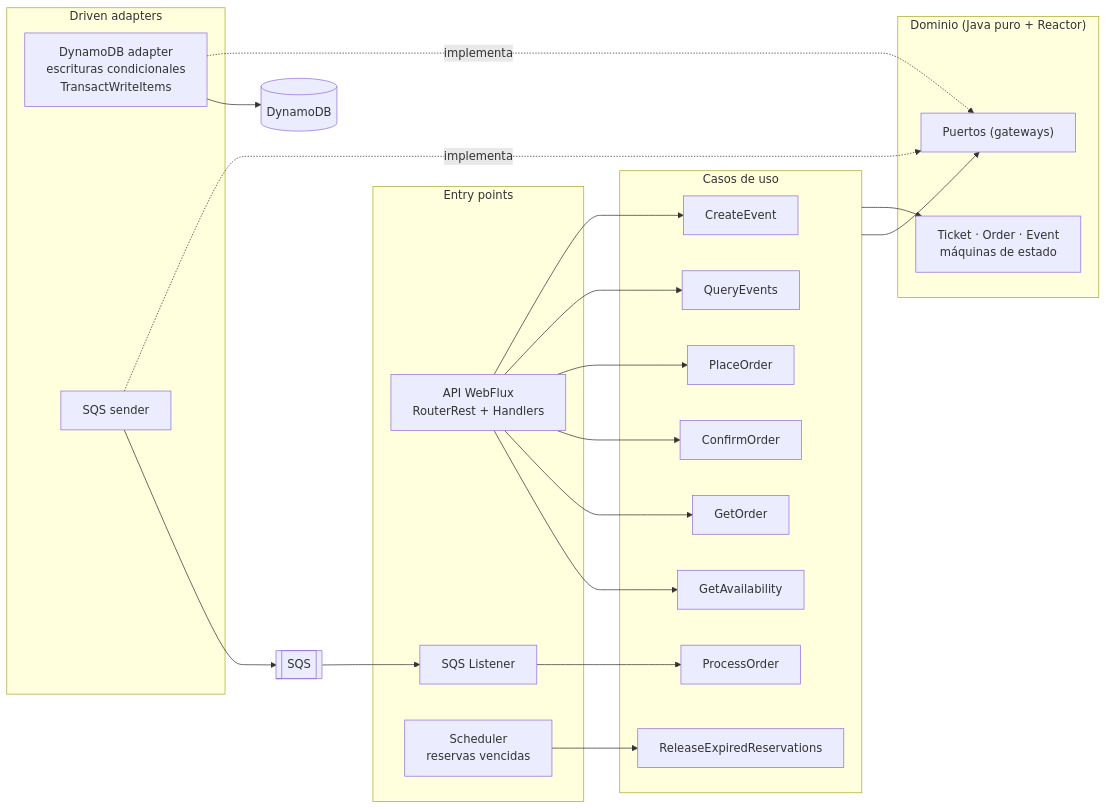
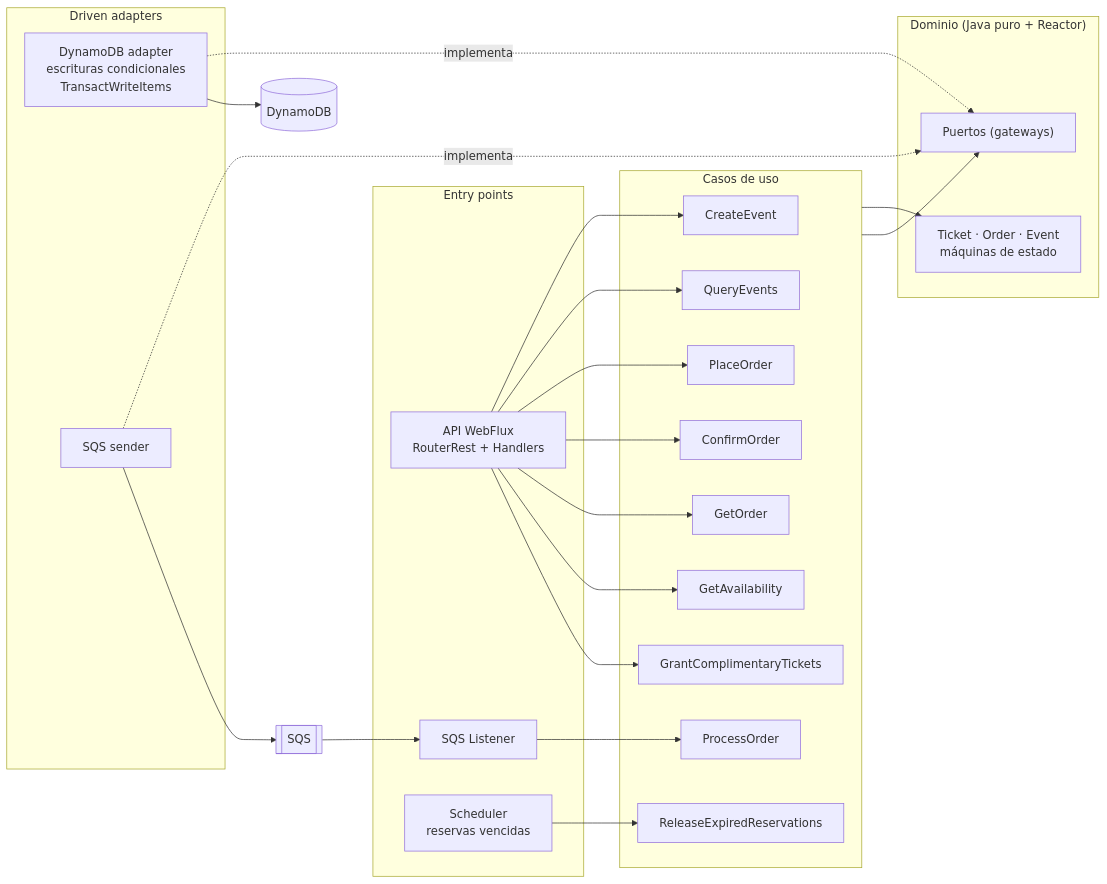
Before and after one commit to Saidres/ticketing-nequi: the first of 6 diagrams in README.md, drawn with Mermaid. The commit also changed other lines of this file and 51 other files, not shown here.

````diff
--- a/README.md
+++ b/README.md
@@ -139,36 +142,37 @@
 ```mermaid
 flowchart LR
     subgraph EP["Entry points"]
         API["API WebFlux<br/>RouterRest + Handlers"]
         LIS["SQS Listener"]
         SCH["Scheduler<br/>reservas vencidas"]
     end
     subgraph UC["Casos de uso"]
         CE[CreateEvent]
         QE[QueryEvents]
         PO[PlaceOrder]
         PR[ProcessOrder]
         CO[ConfirmOrder]
         GO[GetOrder]
         GA[GetAvailability]
+        GC[GrantComplimentaryTickets]
         RE[ReleaseExpiredReservations]
     end
     subgraph DM["Dominio (Java puro + Reactor)"]
         M["Ticket · Order · Event<br/>máquinas de estado"]
         P["Puertos (gateways)"]
     end
     subgraph DA["Driven adapters"]
         DDB["DynamoDB adapter<br/>escrituras condicionales<br/>TransactWriteItems"]
         SND["SQS sender"]
     end
-    API --> CE & QE & PO & CO & GO & GA
+    API --> CE & QE & PO & CO & GO & GA & GC
     LIS --> PR
     SCH --> RE
     UC --> M
     UC --> P
     DDB -. implementa .-> P
     SND -. implementa .-> P
     DDB --> D[(DynamoDB)]
     SND --> Q[[SQS]]
     Q --> LIS
 ```
````
